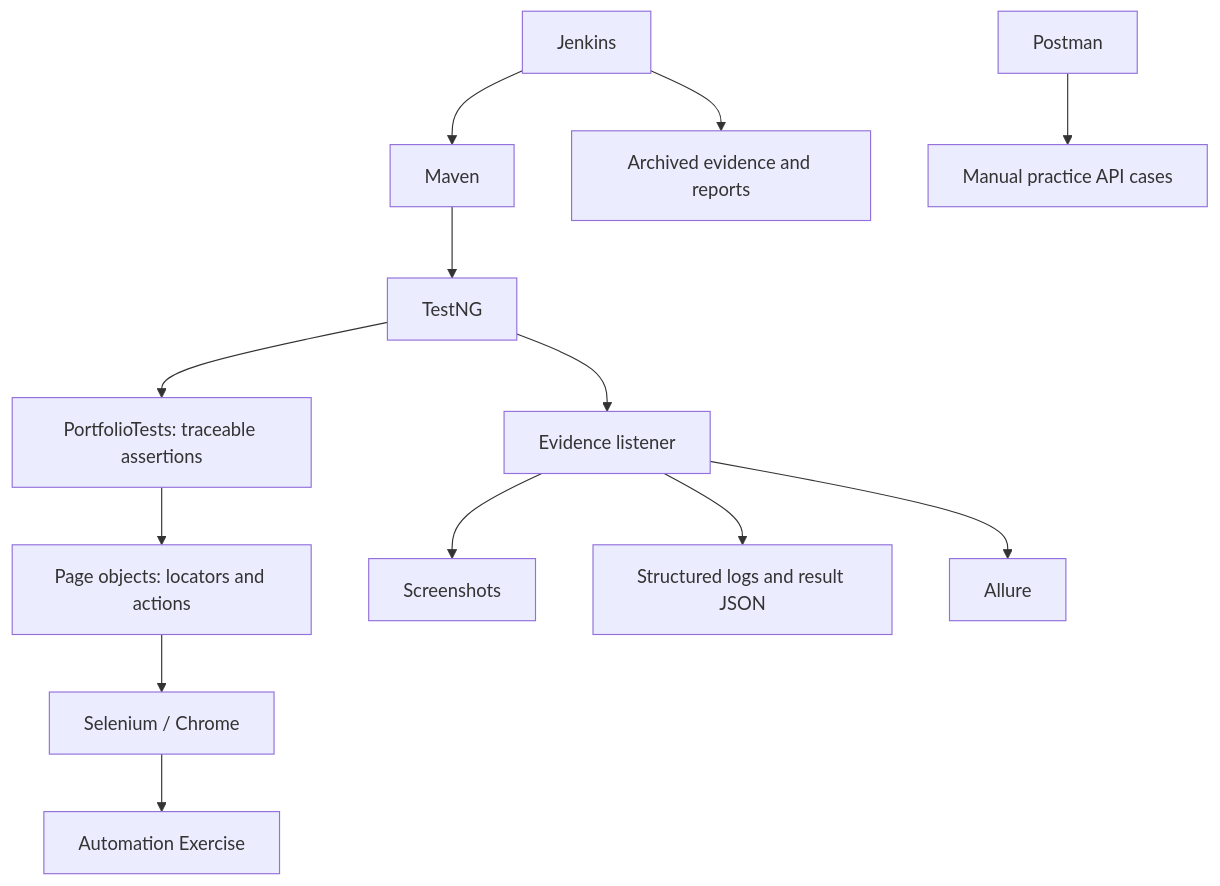
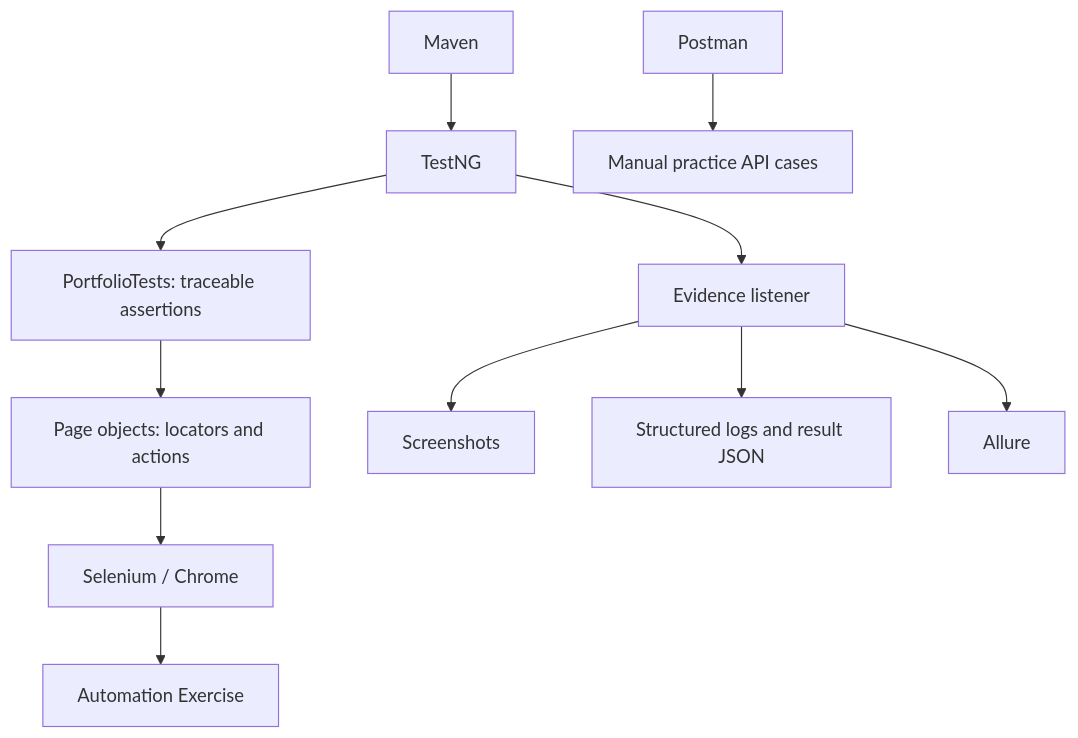
The diagram in docs/architecture/architecture.md (AnudeepPaladugu/qa-engineering-portfolio), drawn with Mermaid before and after one commit. The commit also changed 27 other files, not shown here.

Commit message:
Complete QA reports, reconcile actual results and defer Jenkins at owner request

````diff
--- a/docs/architecture/architecture.md
+++ b/docs/architecture/architecture.md
@@ -3,15 +3,13 @@
 ```mermaid
 flowchart TD
     Maven --> TestNG
     TestNG --> Tests[PortfolioTests: traceable assertions]
     Tests --> Pages[Page objects: locators and actions]
     Pages --> Driver[Selenium / Chrome]
     Driver --> Demo[Automation Exercise]
     TestNG --> Listener[Evidence listener]
     Listener --> Screenshots
     Listener --> Logs[Structured logs and result JSON]
     Listener --> Allure
-    Jenkins --> Maven
-    Jenkins --> Archive[Archived evidence and reports]
     Postman --> API[Manual practice API cases]
 ```
````
